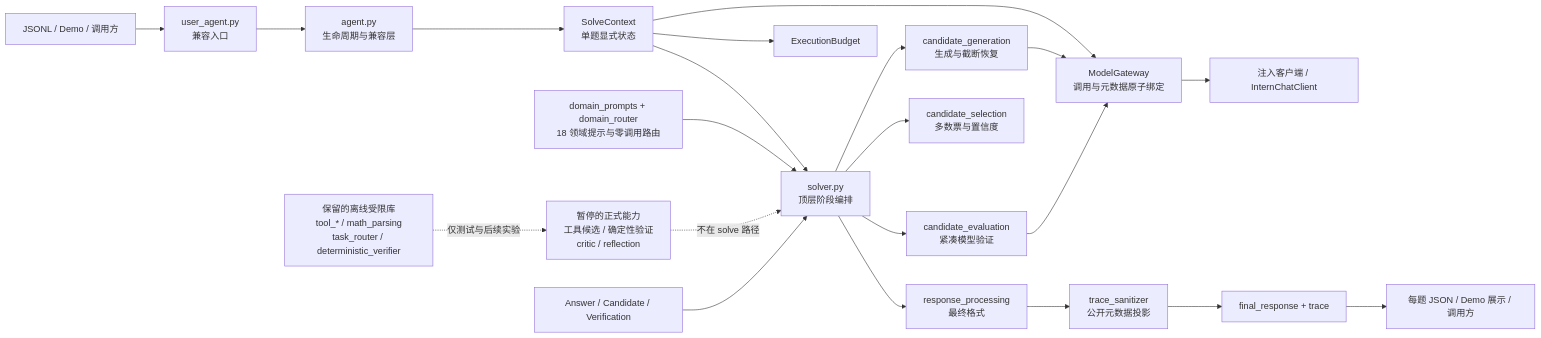
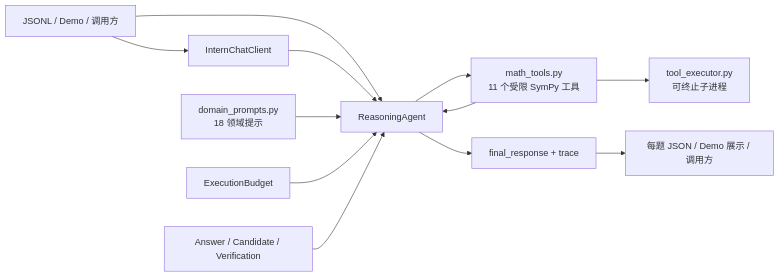
One commit to huangchen725/math_agent changed the diagram in ARCHITECTURE.md. Above: the diagram before and after it, drawn with Mermaid. The commit also changed other lines of this file and 129 other files, not shown here.

````diff
--- a/ARCHITECTURE.md
+++ b/ARCHITECTURE.md
@@ -33,23 +29,14 @@
 ```mermaid
 flowchart LR
-    I[JSONL / Demo / 调用方] --> F[user_agent.py<br/>兼容入口]
-    F --> A[agent.py<br/>生命周期与兼容层]
-    A --> X[SolveContext<br/>单题显式状态]
-    X --> S[solver.py<br/>顶层阶段编排]
-    S --> N[candidate_generation<br/>生成与截断恢复]
-    S --> V[candidate_evaluation<br/>紧凑模型验证]
-    S --> L[candidate_selection<br/>多数票与置信度]
-    S --> O[response_processing<br/>最终格式]
-    X --> G[ModelGateway<br/>调用与元数据原子绑定]
-    G --> C[注入客户端 / InternChatClient]
-    D[domain_prompts + domain_router<br/>18 领域提示与零调用路由] --> S
-    X --> B[ExecutionBudget]
-    N --> G
-    V --> G
-    PAUSED[暂停的正式能力<br/>工具候选 / 确定性验证<br/>critic / reflection] -. 不在 solve 路径 .-> S
-    LIB[保留的离线受限库<br/>tool_* / math_parsing<br/>task_router / deterministic_verifier] -. 仅测试与后续实验 .-> PAUSED
-    E[Answer / Candidate / Verification] --> S
-    O --> TS[trace_sanitizer<br/>公开元数据投影]
-    TS --> R[final_response + trace]
-    R --> OUT[每题 JSON / Demo 展示 / 调用方]
+    I[JSONL / Demo / 调用方] --> C[InternChatClient]
+    I --> A[ReasoningAgent]
+    C --> A
+    D[domain_prompts.py<br/>18 领域提示] --> A
+    B[ExecutionBudget] --> A
+    A --> T[math_tools.py<br/>11 个受限 SymPy 工具]
+    T --> P[tool_executor.py<br/>可终止子进程]
+    T --> A
+    E[Answer / Candidate / Verification] --> A
+    A --> R[final_response + trace]
+    R --> O[每题 JSON / Demo 展示 / 调用方]
 ```
````
